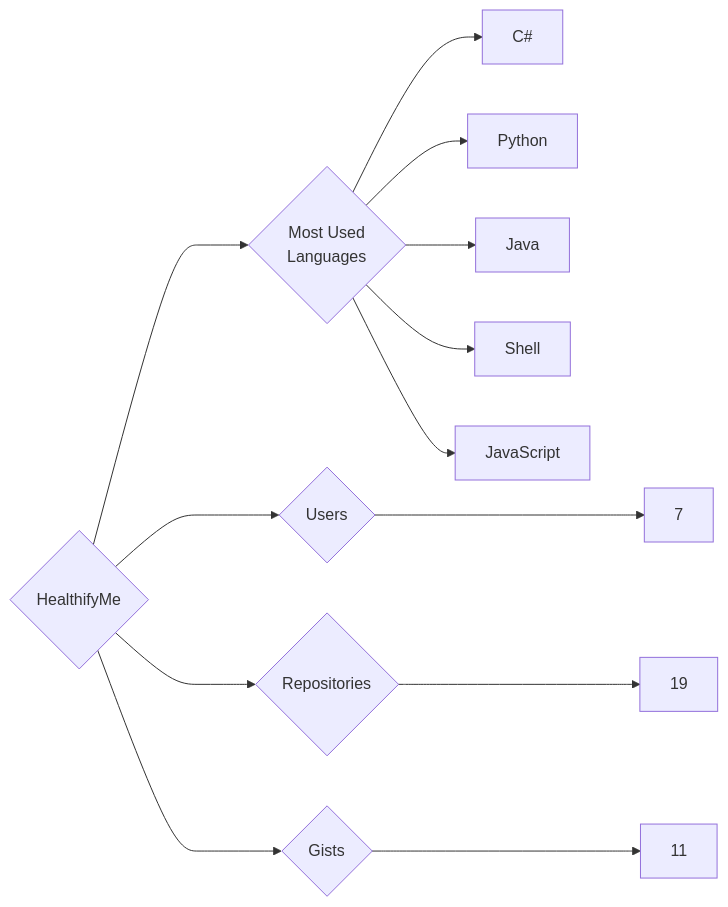
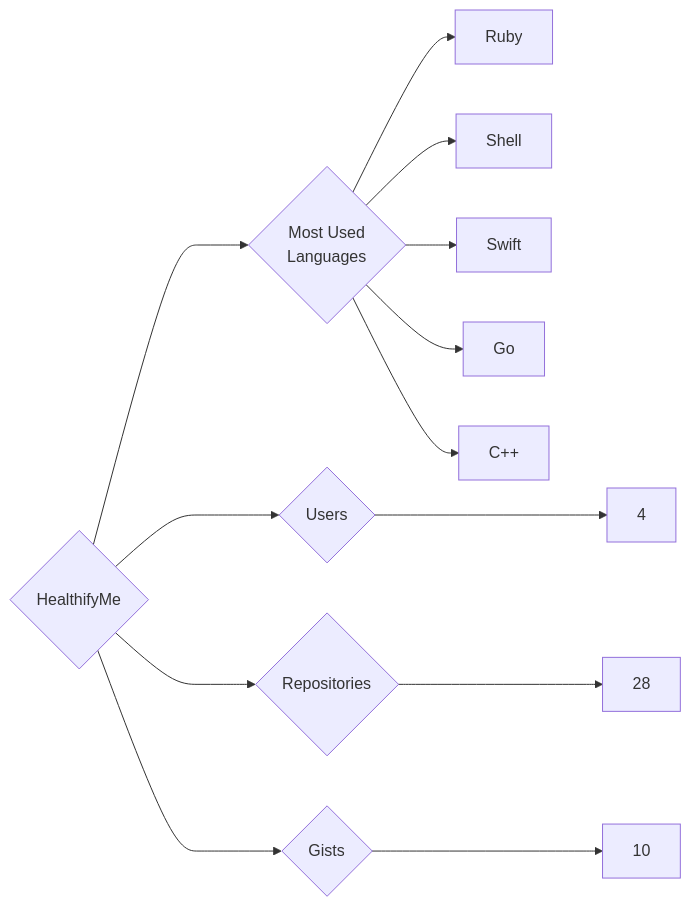
Before and after one commit to trickest/insiders: the diagram in targets/HealthifyMe/README.md, drawn with Mermaid. The commit also changed 1088 other files, not shown here.

````diff
--- a/targets/HealthifyMe/README.md
+++ b/targets/HealthifyMe/README.md
@@ -3,13 +3,13 @@
 ```mermaid
 graph LR
 COMPANY_NAME{HealthifyMe}
-COMPANY_NAME ---> U{Users} ---> UN[7]
-COMPANY_NAME ---> R{Repositories} ---> RN[19]
-COMPANY_NAME ---> G{Gists} ---> GN[11]
+COMPANY_NAME ---> U{Users} ---> UN[4]
+COMPANY_NAME ---> R{Repositories} ---> RN[28]
+COMPANY_NAME ---> G{Gists} ---> GN[10]
 COMPANY_NAME ---> ML{Most Used<br>Languages}
-ML --> C#[C#]
-ML --> Python[Python]
-ML --> Java[Java]
+ML --> Ruby[Ruby]
 ML --> Shell[Shell]
-ML --> JavaScript[JavaScript]
+ML --> Swift[Swift]
+ML --> Go[Go]
+ML --> C++[C++]
 ```
````
